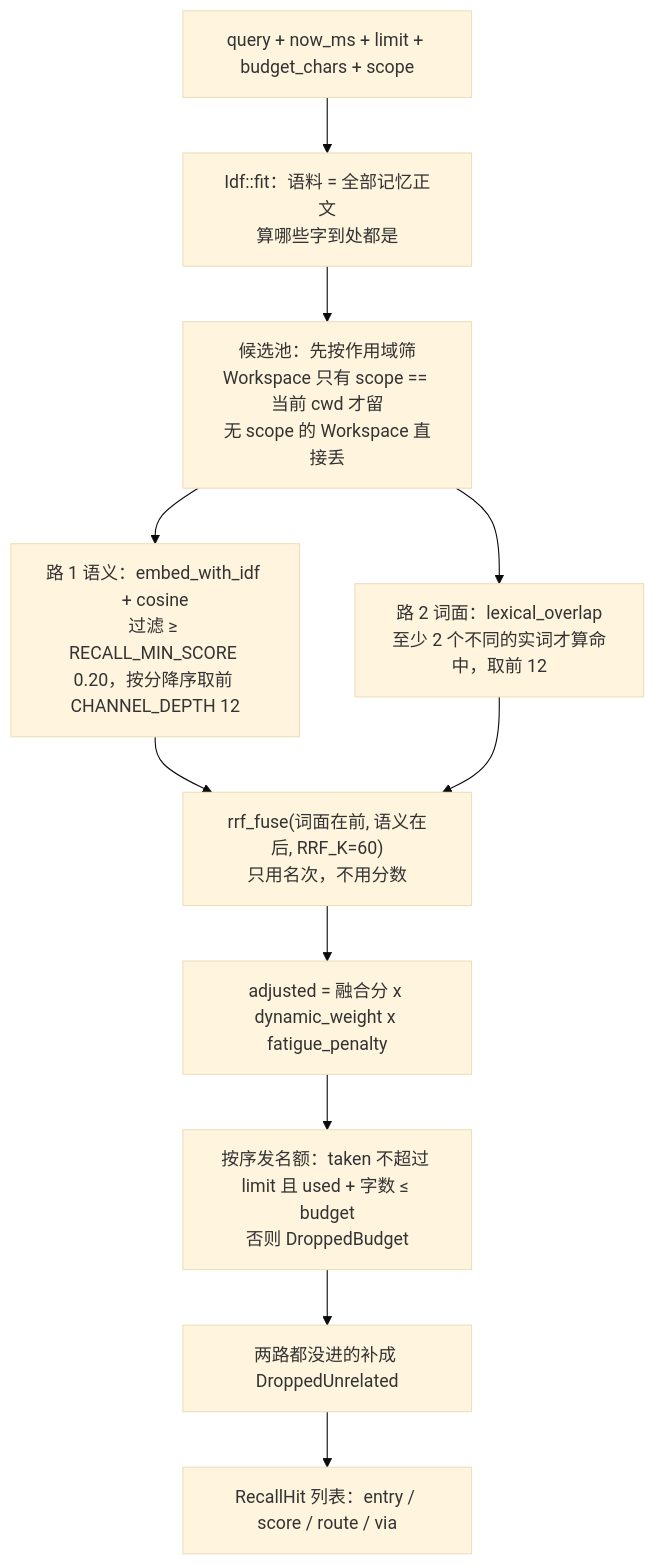
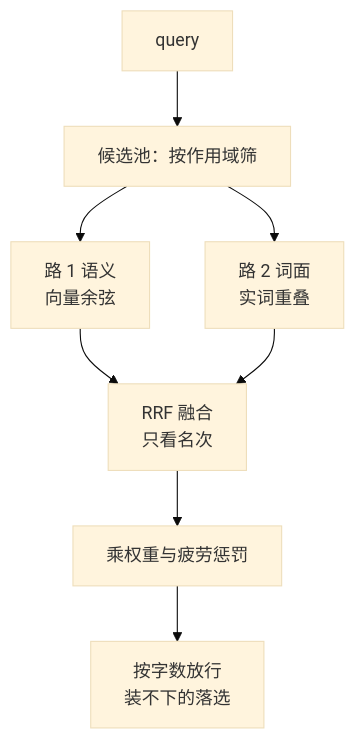
Before and after one commit to sjxbbdb/YunXi-Bot: the fourth of 5 diagrams in README.md, drawn with Mermaid (base theme). The commit also changed other lines of this file, not shown here.

First line of the commit message:
README 加回全链路架构图 + 修掉几处低报（D130）

````diff
--- a/README.md
+++ b/README.md
@@ -177,13 +267,10 @@
 ```mermaid
 flowchart TD
-    Q["query + now_ms + limit + budget_chars + scope"] --> IDF["Idf::fit：语料 = 全部记忆正文<br/>算哪些字到处都是"]
-    IDF --> POOL["候选池：先按作用域筛<br/>Workspace 只有 scope == 当前 cwd 才留<br/>无 scope 的 Workspace 直接丢"]
-    POOL --> SEM["路 1 语义：embed_with_idf + cosine<br/>过滤 ≥ RECALL_MIN_SCORE 0.20，按分降序取前 CHANNEL_DEPTH 12"]
-    POOL --> LEX["路 2 词面：lexical_overlap<br/>至少 2 个不同的实词才算命中，取前 12"]
-    SEM --> FUSE["rrf_fuse(词面在前, 语义在后, RRF_K=60)<br/>只用名次，不用分数"]
-    LEX --> FUSE
-    FUSE --> ADJ["adjusted = 融合分 x dynamic_weight x fatigue_penalty"]
-    ADJ --> ROUTE["按序发名额：taken 不超过 limit 且 used + 字数 ≤ budget<br/>否则 DroppedBudget"]
-    ROUTE --> REST["两路都没进的补成 DroppedUnrelated"]
-    REST --> OUT["RecallHit 列表：entry / score / route / via"]
+    Q["query"] --> P["候选池：按作用域筛"]
+    P --> SEM["路 1 语义<br/>向量余弦"]
+    P --> LEX["路 2 词面<br/>实词重叠"]
+    SEM --> F["RRF 融合<br/>只看名次"]
+    LEX --> F
+    F --> A["乘权重与疲劳惩罚"]
+    A --> O["按字数放行<br/>装不下的落选"]
 ```
````
